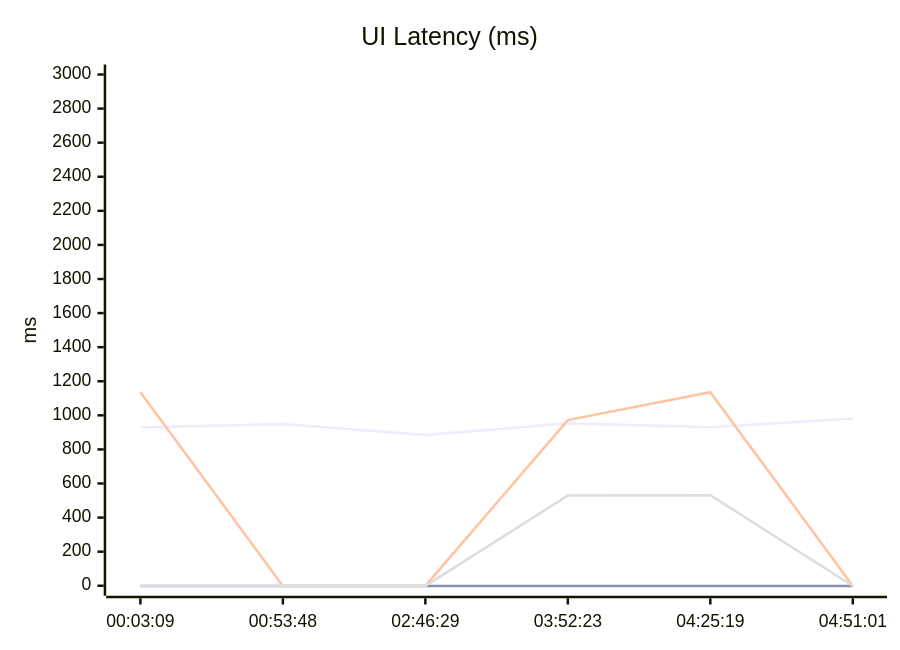
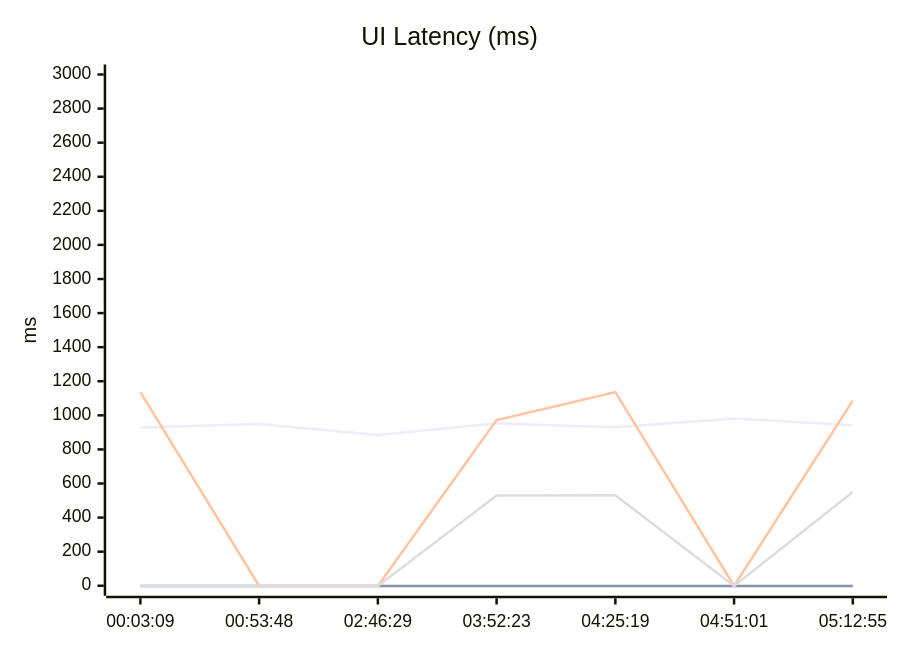
Before and after one commit to greenwave1987/clash_test: the diagram in README.md, drawn with Mermaid. The commit also changed other lines of this file and 1 other file, not shown here.

Commit message:
chore: update UI latency history

````diff
--- a/README.md
+++ b/README.md
@@ -16,10 +16,10 @@
 ```mermaid
 xychart-beta
   title "UI Latency (ms)"
-  x-axis ["00:03:09", "00:53:48", "02:46:29", "03:52:23", "04:25:19", "04:51:01"]
+  x-axis ["00:03:09", "00:53:48", "02:46:29", "03:52:23", "04:25:19", "04:51:01", "05:12:55"]
   y-axis "ms" 0 --> 3000
-  line "http://jz.***.uy" [928, 949, 885, 953, 930, 981]
-  line "http://jz.***.io" [-1, -1, -1, -1, -1, -1]
-  line "http://greenwave1987.***.in" [1136, -1, -1, 972, 1136, -1]
-  line "http://jz.***.xyz" [-1, -1, -1, 529, 531, -1]
+  line "http://jz.***.uy" [928, 949, 885, 953, 930, 981, 942]
+  line "http://jz.***.io" [-1, -1, -1, -1, -1, -1, -1]
+  line "http://greenwave1987.***.in" [1136, -1, -1, 972, 1136, -1, 1086]
+  line "http://jz.***.xyz" [-1, -1, -1, 529, 531, -1, 550]
 ```
````
